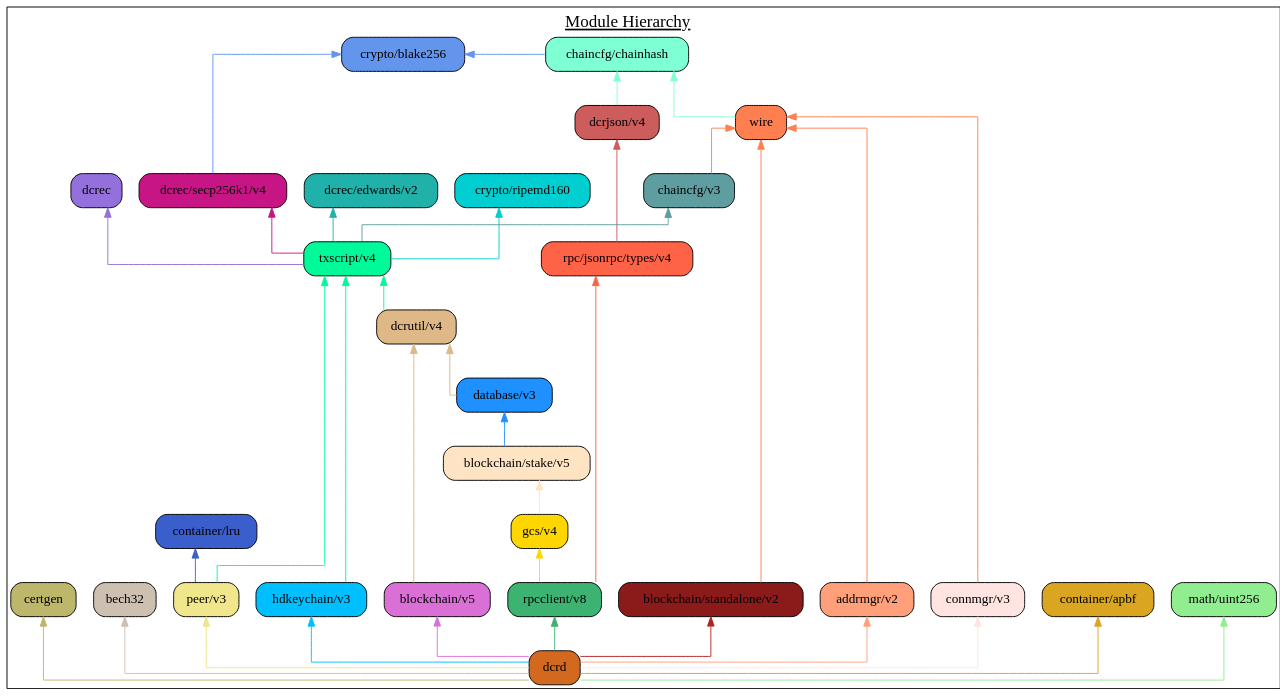
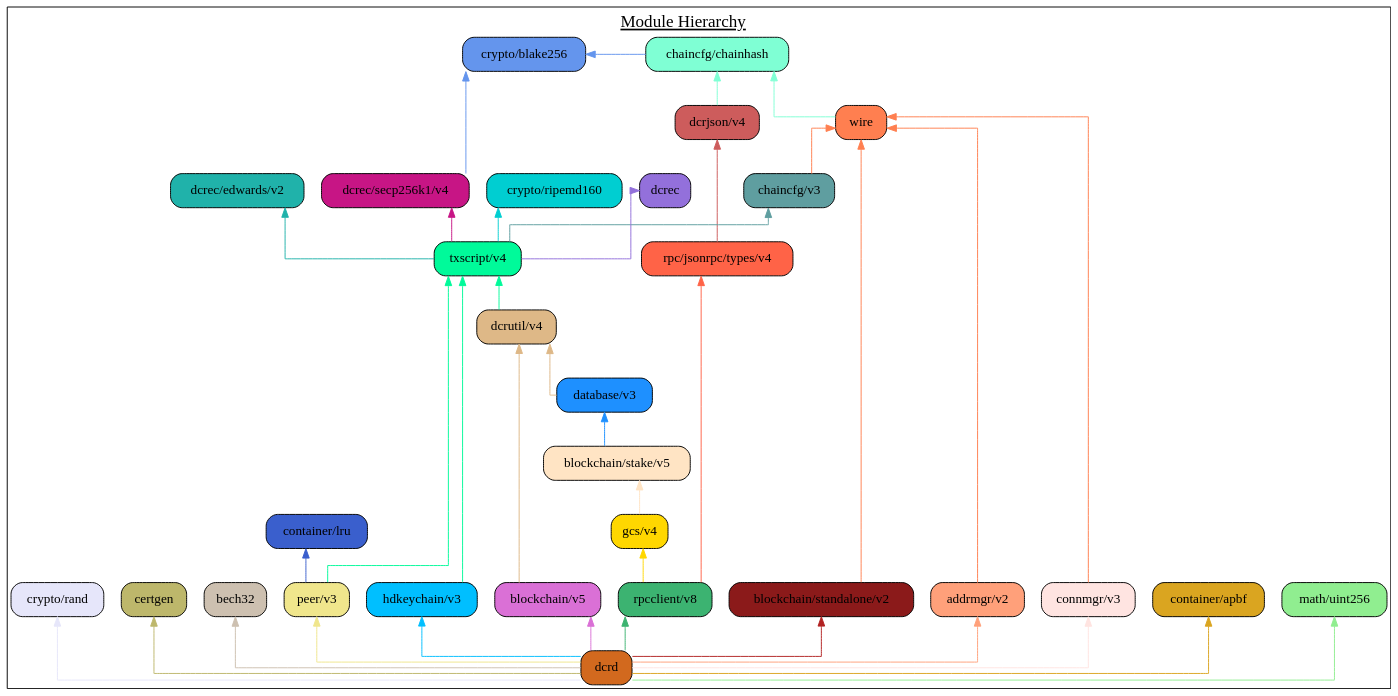
The diagram in docs/assets/module_hierarchy.gv (decred/dcrd), drawn with Graphviz before and after one commit. The commit also changed 2 other files, not shown here.

Commit message:
docs: Update for crypto/rand module.
This updates the docs/README.md file, module hierarchy graphviz, and
module hierarchy diagram to reflect the new crypto/rand module.

```diff
--- a/docs/assets/module_hierarchy.gv
+++ b/docs/assets/module_hierarchy.gv
@@ -1,78 +1,80 @@
 digraph {
 	graph [splines=ortho colorscheme=svg label=<<u>Module Hierarchy</u>> labelloc=t fontsize=18.0]
 	node [shape=box style="filled, rounded" margin=0.1]
 
 	blake256 [label="crypto/blake256" fillcolor=cornflowerblue]
 	ripemd160 [label="crypto/ripemd160" fillcolor=darkturquoise]
+	rand [label="crypto/rand" fillcolor=lavender]
 	certgen [label="certgen" fillcolor=darkkhaki]
 	bech32 [label="bech32" fillcolor=antiquewhite3]
 	chainhash [label="chaincfg/chainhash" fillcolor=aquamarine]
 	dcrjson [label="dcrjson/v4" fillcolor=indianred]
 	types [label="rpc/jsonrpc/types/v4" fillcolor=tomato]
 	wire [label="wire" fillcolor=coral]
 	chaincfg [label="chaincfg/v3" fillcolor=cadetblue]
 	dcrec [label="dcrec" fillcolor=mediumpurple]
 	edwards [label="dcrec/edwards/v2" fillcolor=lightseagreen]
 	secp256k1 [label="dcrec/secp256k1/v4" fillcolor=mediumvioletred]
 	dcrutil [label="dcrutil/v4" fillcolor=burlywood]
 	database [label="database/v3" fillcolor=dodgerblue]
 	hdkeychain [label="hdkeychain/v3" fillcolor=deepskyblue]
 	txscript [label="txscript/v4" fillcolor=mediumspringgreen]
 	stake [label="blockchain/stake/v5" fillcolor=bisque]
 	gcs [label="gcs/v4" fillcolor=gold]
 	standalone [label="blockchain/standalone/v2" fillcolor=firebrick4]
 	lru [label="container/lru" fillcolor=royalblue3]
 	peer [label="peer/v3" fillcolor=khaki]
 	rpcclient [label="rpcclient/v8" fillcolor=mediumseagreen]
 	addrmgr [label="addrmgr/v2" fillcolor=lightsalmon]
 	connmgr [label="connmgr/v3" fillcolor=mistyrose]
 	blockchain [label="blockchain/v5" fillcolor=orchid]
 	apbf [label="container/apbf" fillcolor=goldenrod]
 	uint256  [label="math/uint256" fillcolor=lightgreen]
 	dcrd [label="dcrd" fillcolor=chocolate]
 
 	{rank=same blake256 chainhash}
 	{rank=same dcrec secp256k1}
 	{rank=same certgen bech32 apbf uint256}
 	{rank=same addrmgr connmgr hdkeychain peer blockchain standalone rpcclient}
 
 	certgen
 	bech32
 	blake256 -> chainhash [dir=back color=cornflowerblue]
 	blake256 -> secp256k1 [dir=back color=cornflowerblue]
 	chaincfg -> txscript [dir=back color=cadetblue]
 	chainhash -> dcrjson [dir=back color=aquamarine]
 	chainhash -> wire [dir=back color=aquamarine]
 	wire -> addrmgr [dir=back color=coral]
 	wire -> chaincfg [dir=back color=coral]
 	wire -> connmgr [dir=back color=coral]
 	wire -> standalone [dir=back color=coral]
 	ripemd160 -> txscript [dir=back color=darkturquoise]
 	dcrec -> txscript [dir=back color=mediumpurple]
 	edwards -> txscript [dir=back color=lightseagreen]
 	secp256k1 -> txscript [dir=back color=mediumvioletred]
 	txscript -> dcrutil [dir=back color=mediumspringgreen]
 	txscript -> hdkeychain [dir=back color=mediumspringgreen]
 	txscript -> peer [dir=back color=mediumspringgreen]
 	dcrutil -> blockchain [dir=back color=burlywood]
 	dcrutil -> database [dir=back color=burlywood]
 	database -> stake [dir=back color=dodgerblue]
 	stake -> gcs [dir=back color=bisque]
 	gcs -> rpcclient [dir=back color=gold]
 
 	lru -> peer [dir=back color=royalblue3]
 	dcrjson -> types [dir=back color=indianred]
 	types -> rpcclient [dir=back color=tomato]
 
+	rand -> dcrd [dir=back color=lavender]
 	blockchain -> dcrd [dir=back color=orchid]
 	standalone -> dcrd [dir=back color=firebrick]
 	certgen -> dcrd [dir=back color=darkkhaki]
 	bech32 -> dcrd [dir=back color=antiquewhite3]
 	addrmgr -> dcrd [dir=back color=lightsalmon]
 	hdkeychain -> dcrd [dir=back color=deepskyblue]
 	connmgr -> dcrd [dir=back color=mistyrose]
 	rpcclient -> dcrd [dir=back color=mediumseagreen]
 	peer -> dcrd [dir=back color=khaki]
 	apbf -> dcrd [dir=back color=goldenrod]
 	uint256 -> dcrd [dir=back color=lightgreen]
 }
```
